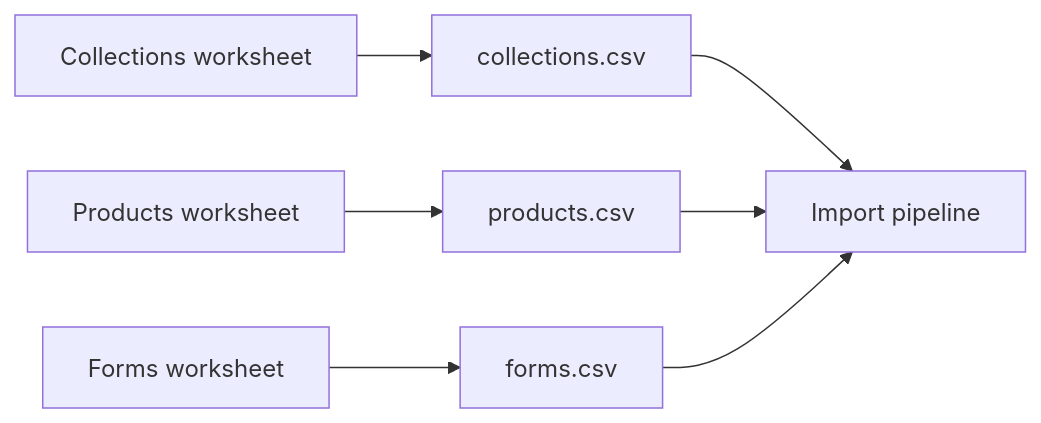
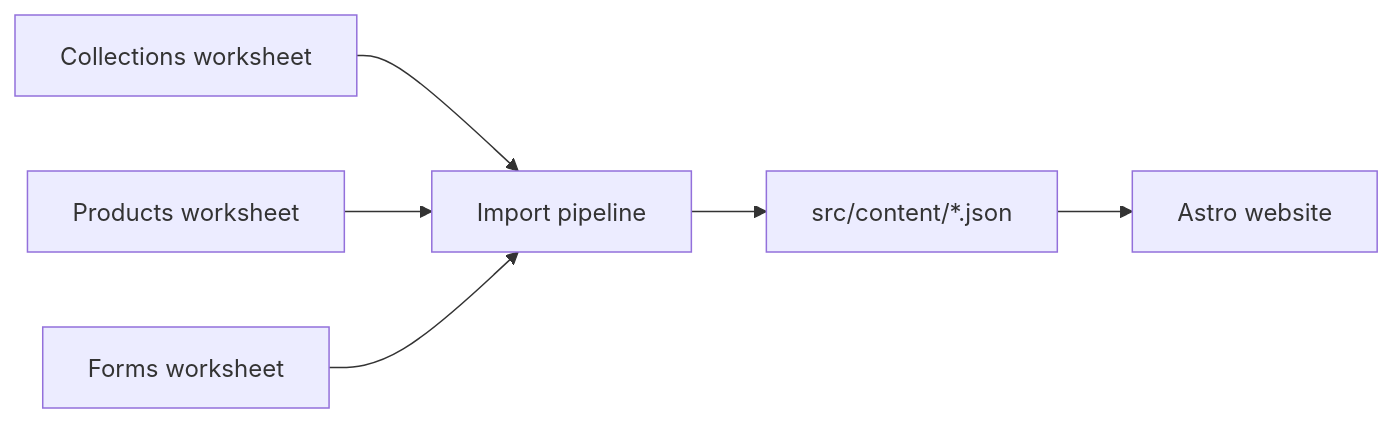
One commit to Haplo66/ripple-bakes-makes changed the first of 2 diagrams in docs/GOOGLE_SHEET_SCHEMA.md. Above: the diagram before and after it, drawn with Mermaid. The commit also changed other lines of this file and 9 other files, not shown here.

````diff
--- a/docs/GOOGLE_SHEET_SCHEMA.md
+++ b/docs/GOOGLE_SHEET_SCHEMA.md
@@ -23,9 +23,8 @@
 ```mermaid
 flowchart LR
-  collections["Collections worksheet"] --> collectionsCsv["collections.csv"]
-  products["Products worksheet"] --> productsCsv["products.csv"]
-  forms["Forms worksheet"] --> formsCsv["forms.csv"]
-  collectionsCsv --> pipeline["Import pipeline"]
-  productsCsv --> pipeline
-  formsCsv --> pipeline
+  collections["Collections worksheet"] --> pipeline["Import pipeline"]
+  products["Products worksheet"] --> pipeline
+  forms["Forms worksheet"] --> pipeline
+  pipeline --> json["src/content/*.json"]
+  json --> website["Astro website"]
 ```
````
